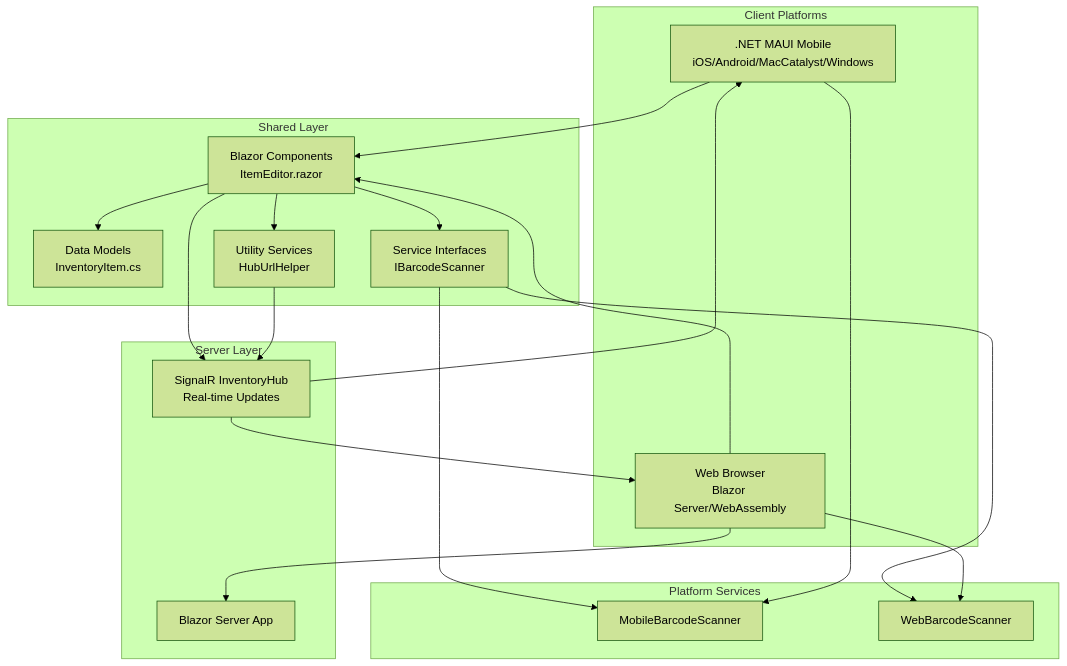
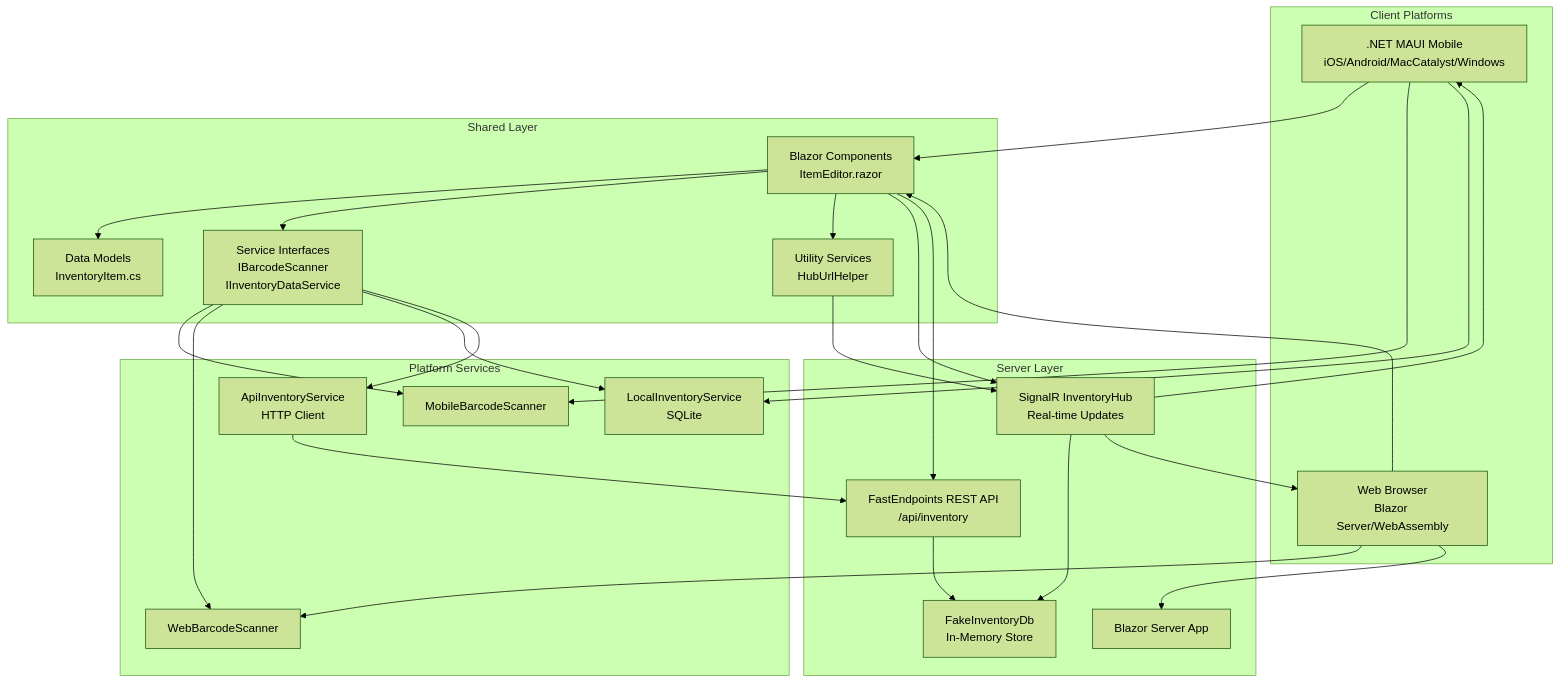
Before and after one commit to MaiQD/smartwarehouse: the diagram in README.md, drawn with Mermaid (forest theme). The commit also changed other lines of this file and 15 other files, not shown here.

First line of the commit message:
Add REST API and data service layer for inventory management

````diff
--- a/README.md
+++ b/README.md
@@ -71,39 +98,50 @@
 ```mermaid
 graph TB
     subgraph Clients["Client Platforms"]
         Mobile[".NET MAUI Mobile<br/>iOS/Android/MacCatalyst/Windows"]
         Web["Web Browser<br/>Blazor Server/WebAssembly"]
     end
     
     subgraph Shared["Shared Layer"]
         Components["Blazor Components<br/>ItemEditor.razor"]
         Models["Data Models<br/>InventoryItem.cs"]
-        Interfaces["Service Interfaces<br/>IBarcodeScanner"]
+        Interfaces["Service Interfaces<br/>IBarcodeScanner<br/>IInventoryDataService"]
         Helpers["Utility Services<br/>HubUrlHelper"]
     end
     
     subgraph Services["Platform Services"]
         MobileScanner["MobileBarcodeScanner"]
         WebScanner["WebBarcodeScanner"]
+        LocalDataService["LocalInventoryService<br/>SQLite"]
+        ApiDataService["ApiInventoryService<br/>HTTP Client"]
     end
     
     subgraph Server["Server Layer"]
+        API["FastEndpoints REST API<br/>/api/inventory"]
         Hub["SignalR InventoryHub<br/>Real-time Updates"]
         WebApp["Blazor Server App"]
+        DataStore["FakeInventoryDb<br/>In-Memory Store"]
     end
     
     Mobile --> Components
     Web --> Components
     Components --> Models
     Components --> Interfaces
     Components --> Helpers
     Interfaces --> MobileScanner
     Interfaces --> WebScanner
+    Interfaces --> LocalDataService
+    Interfaces --> ApiDataService
     Mobile --> MobileScanner
     Web --> WebScanner
+    Mobile --> LocalDataService
+    ApiDataService --> API
     Components --> Hub
+    Components --> API
     Helpers --> Hub
+    API --> DataStore
+    Hub --> DataStore
     Hub --> Mobile
     Hub --> Web
     Web --> WebApp
 ```
````
